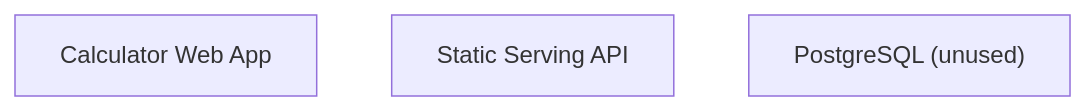
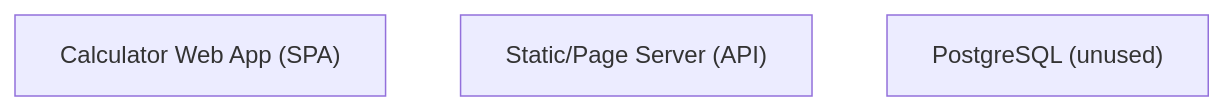
Before and after one commit to satya1802/calculator9: the first of 3 diagrams in docs/sdlc/architecture/README.md, drawn with Mermaid. The commit also changed other lines of this file and 10 other files, not shown here.

````diff
--- a/docs/sdlc/architecture/README.md
+++ b/docs/sdlc/architecture/README.md
@@ -118,6 +96,6 @@
 ```mermaid
 graph TD
-  c_web_spa["Calculator Web App"]
-  c_api["Static Serving API"]
+  c_spa["Calculator Web App (SPA)"]
+  c_api["Static/Page Server (API)"]
   c_db["PostgreSQL (unused)"]
 ```
````
